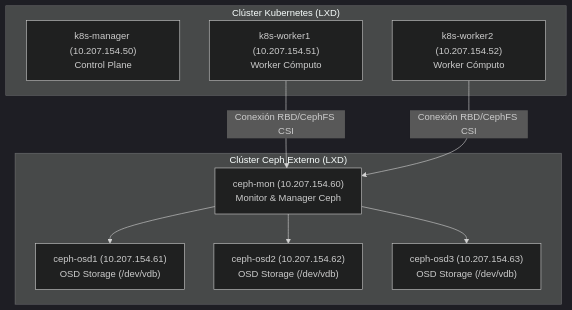
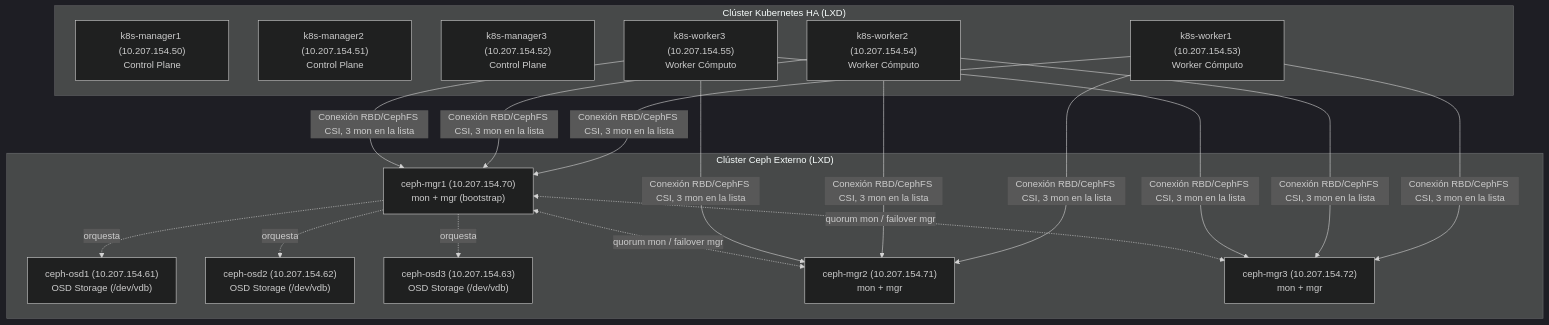
The diagram in ansible/base/05_k8s_ha_almacenamiento_persistente_externo_ceph/README.md (pepesan/ejemplos-kubernetes), drawn with Mermaid (dark theme) before and after one commit. The commit also changed other lines of this file and 8 other files, not shown here.

````diff
--- a/ansible/base/05_k8s_ha_almacenamiento_persistente_externo_ceph/README.md
+++ b/ansible/base/05_k8s_ha_almacenamiento_persistente_externo_ceph/README.md
@@ -32,18 +32,24 @@
 ```mermaid
 graph TD
-    subgraph "Clúster Kubernetes (LXD)"
-        Manager["k8s-manager (10.207.154.50)<br/>Control Plane"]
-        Worker1["k8s-worker1 (10.207.154.51)<br/>Worker Cómputo"]
-        Worker2["k8s-worker2 (10.207.154.52)<br/>Worker Cómputo"]
+    subgraph "Clúster Kubernetes HA (LXD)"
+        Manager1["k8s-manager1 (10.207.154.50)<br/>Control Plane"]
+        Manager2["k8s-manager2 (10.207.154.51)<br/>Control Plane"]
+        Manager3["k8s-manager3 (10.207.154.52)<br/>Control Plane"]
+        Worker1["k8s-worker1 (10.207.154.53)<br/>Worker Cómputo"]
+        Worker2["k8s-worker2 (10.207.154.54)<br/>Worker Cómputo"]
+        Worker3["k8s-worker3 (10.207.154.55)<br/>Worker Cómputo"]
     end
 
     subgraph "Clúster Ceph Externo (LXD)"
-        Mon["ceph-mon (10.207.154.60)<br/>Monitor & Manager Ceph"]
         OSD1["ceph-osd1 (10.207.154.61)<br/>OSD Storage (/dev/vdb)"]
         OSD2["ceph-osd2 (10.207.154.62)<br/>OSD Storage (/dev/vdb)"]
         OSD3["ceph-osd3 (10.207.154.63)<br/>OSD Storage (/dev/vdb)"]
+        Ctrl1["ceph-mgr1 (10.207.154.70)<br/>mon + mgr (bootstrap)"]
+        Ctrl2["ceph-mgr2 (10.207.154.71)<br/>mon + mgr"]
+        Ctrl3["ceph-mgr3 (10.207.154.72)<br/>mon + mgr"]
     end
 
-    Worker1 & Worker2 -->|Conexión RBD/CephFS CSI| Mon
-    Mon --> OSD1 & OSD2 & OSD3
+    Worker1 & Worker2 & Worker3 -->|Conexión RBD/CephFS CSI, 3 mon en la lista| Ctrl1 & Ctrl2 & Ctrl3
+    Ctrl1 -.orquesta.-> OSD1 & OSD2 & OSD3
+    Ctrl1 <-.quorum mon / failover mgr.-> Ctrl2 & Ctrl3
 ```
````
